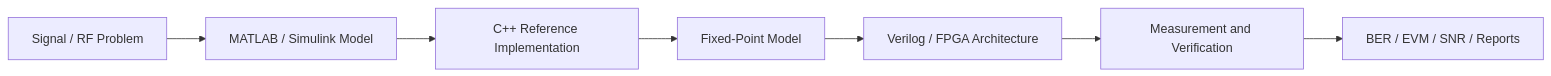
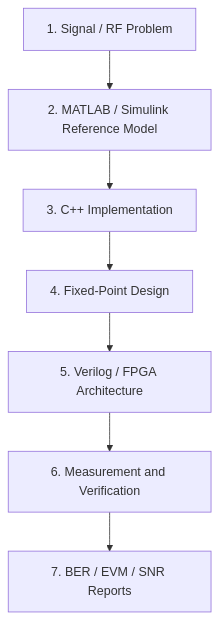
Before and after one commit to Lay007/lay007: the diagram in README.md, drawn with Mermaid. The commit also changed other lines of this file, not shown here.

Commit message:
Improve profile engineering pipeline readability

````diff
--- a/README.md
+++ b/README.md
@@ -13,9 +13,12 @@
 ```mermaid
-flowchart LR
-    A[Signal / RF Problem] --> B[MATLAB / Simulink Model]
-    B --> C[C++ Reference Implementation]
-    C --> D[Fixed-Point Model]
-    D --> E[Verilog / FPGA Architecture]
-    E --> F[Measurement and Verification]
-    F --> G[BER / EVM / SNR / Reports]
+flowchart TB
+    A["1. Signal / RF Problem"]
+    B["2. MATLAB / Simulink Reference Model"]
+    C["3. C++ Implementation"]
+    D["4. Fixed-Point Design"]
+    E["5. Verilog / FPGA Architecture"]
+    F["6. Measurement and Verification"]
+    G["7. BER / EVM / SNR Reports"]
+
+    A --> B --> C --> D --> E --> F --> G
 ```
````
